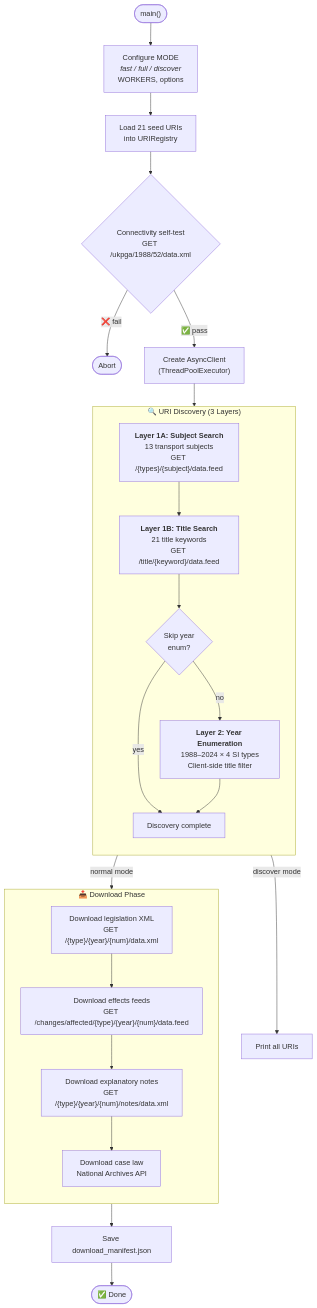
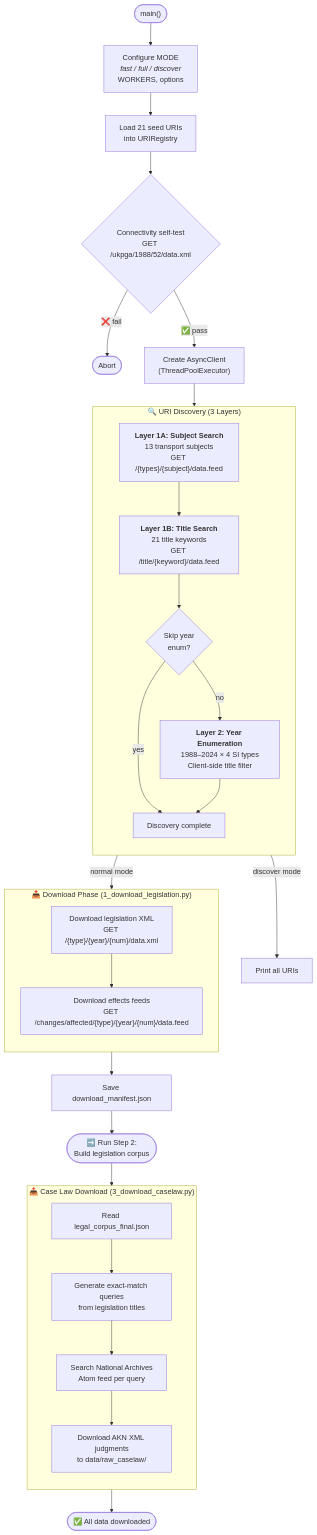
The second of 6 diagrams in documentation/02_data_download.md (suriya7913/PROJECT_app_ml), drawn with Mermaid before and after one commit. The commit also changed other lines of this file and 29 other files, not shown here.

Commit message:
Refactor pipeline to use multi-agent GraphRAG and update documentation

````diff
--- a/documentation/02_data_download.md
+++ b/documentation/02_data_download.md
@@ -10,34 +86,43 @@
 ```mermaid
 flowchart TD
     START(["main()"]) --> CONFIG["Configure MODE<br/><i>fast / full / discover</i><br/>WORKERS, options"]
     CONFIG --> SEEDS["Load 21 seed URIs<br/>into URIRegistry"]
     SEEDS --> TEST{"Connectivity self-test<br/>GET /ukpga/1988/52/data.xml"}
     TEST -->|"❌ fail"| ABORT(["Abort"])
     TEST -->|"✅ pass"| CLIENT["Create AsyncClient<br/>(ThreadPoolExecutor)"]
 
     CLIENT --> DISCOVER
 
     subgraph DISCOVER ["🔍 URI Discovery (3 Layers)"]
         direction TB
         L1A["<b>Layer 1A: Subject Search</b><br/>13 transport subjects<br/>GET /{types}/{subject}/data.feed"]
         L1A --> L1B["<b>Layer 1B: Title Search</b><br/>21 title keywords<br/>GET /title/{keyword}/data.feed"]
         L1B --> L2{"Skip year<br/>enum?"}
         L2 -->|no| YEAR["<b>Layer 2: Year Enumeration</b><br/>1988–2024 × 4 SI types<br/>Client-side title filter"]
         L2 -->|yes| DISC_DONE
         YEAR --> DISC_DONE["Discovery complete"]
     end
 
     DISC_DONE -->|"discover mode"| LIST_URIS["Print all URIs"]
     DISC_DONE -->|"normal mode"| DOWNLOAD
 
-    subgraph DOWNLOAD ["📥 Download Phase"]
+    subgraph DOWNLOAD ["📥 Download Phase (1_download_legislation.py)"]
         direction TB
         DL1["Download legislation XML<br/>GET /{type}/{year}/{num}/data.xml"]
         DL1 --> DL2["Download effects feeds<br/>GET /changes/affected/{type}/{year}/{num}/data.feed"]
-        DL2 --> DL3["Download explanatory notes<br/>GET /{type}/{year}/{num}/notes/data.xml"]
-        DL3 --> DL4["Download case law<br/>National Archives API"]
     end
 
     DOWNLOAD --> MANIFEST["Save download_manifest.json"]
-    MANIFEST --> DONE(["✅ Done"])
+    MANIFEST --> STEP2(["➡️ Run Step 2:<br/>Build legislation corpus"])
+    STEP2 --> CASELAW
+
+    subgraph CASELAW ["📥 Case Law Download (3_download_caselaw.py)"]
+        direction TB
+        CL1["Read legal_corpus_final.json"]
+        CL1 --> CL2["Generate exact-match queries<br/>from legislation titles"]
+        CL2 --> CL3["Search National Archives<br/>Atom feed per query"]
+        CL3 --> CL4["Download AKN XML judgments<br/>to data/raw_caselaw/"]
+    end
+
+    CASELAW --> DONE(["✅ All data downloaded"])
 ```
````
